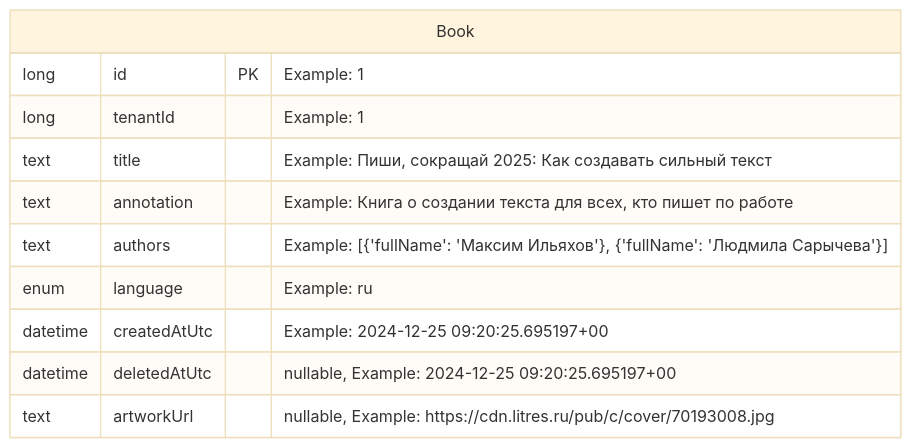
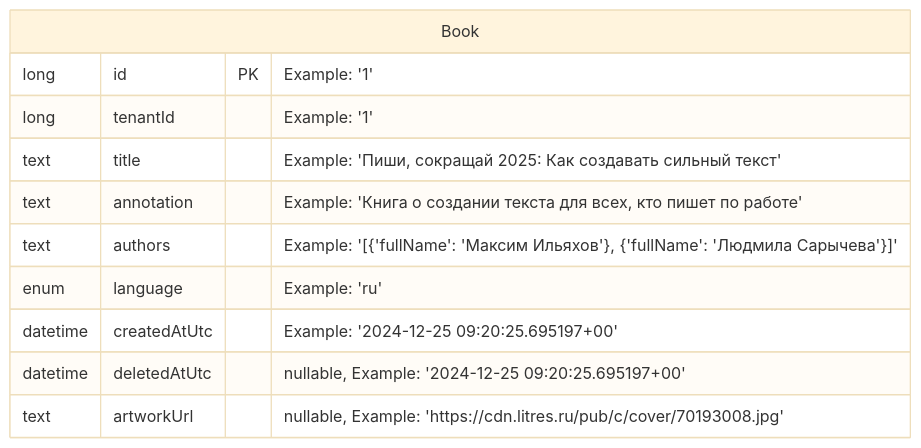
The diagram in README.md (TourmalineCore/inner-circle-books-api), drawn with Mermaid (base theme) before and after one commit.

Commit message:
chore: add quotation marks to examples

````diff
--- a/README.md
+++ b/README.md
@@ -4,14 +4,14 @@
 ```mermaid
 erDiagram
 Book{
-  long id PK "Example: 1"
-  long tenantId "Example: 1"
-  text title "Example: Пиши, сокращай 2025: Как создавать сильный текст" 
-  text annotation "Example: Книга о создании текста для всех, кто пишет по работе"
-  text authors "Example: [{'fullName': 'Максим Ильяхов'}, {'fullName': 'Людмила Сарычева'}]"
-  enum language "Example: ru"
-  datetime createdAtUtc "Example: 2024-12-25 09:20:25.695197+00"
-  datetime deletedAtUtc "nullable, Example: 2024-12-25 09:20:25.695197+00"
-  text artworkUrl "nullable, Example: https://cdn.litres.ru/pub/c/cover/70193008.jpg"
+  long id PK "Example: '1'"
+  long tenantId "Example: '1'"
+  text title "Example: 'Пиши, сокращай 2025: Как создавать сильный текст'" 
+  text annotation "Example: 'Книга о создании текста для всех, кто пишет по работе'"
+  text authors "Example: '[{'fullName': 'Максим Ильяхов'}, {'fullName': 'Людмила Сарычева'}]'"
+  enum language "Example: 'ru'"
+  datetime createdAtUtc "Example: '2024-12-25 09:20:25.695197+00'"
+  datetime deletedAtUtc "nullable, Example: '2024-12-25 09:20:25.695197+00'"
+  text artworkUrl "nullable, Example: 'https://cdn.litres.ru/pub/c/cover/70193008.jpg'"
 }
 ```
````
